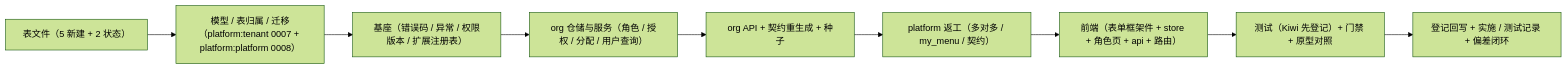
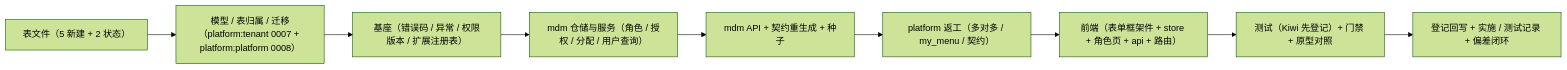
One commit to minjian123/basic-management-system changed the third of 3 diagrams in bms文档/项目/07_RBAC基础模块/任务/02_用户与角色/02_用户与角色_03_角色管理/设计/01_详细设计_03_角色管理.md. Above: the diagram before and after it, drawn with Mermaid (forest theme). The commit also changed other lines of this file and 501 other files, not shown here.

````diff
--- a/bms文档/项目/07_RBAC基础模块/任务/02_用户与角色/02_用户与角色_03_角色管理/设计/01_详细设计_03_角色管理.md
+++ b/bms文档/项目/07_RBAC基础模块/任务/02_用户与角色/02_用户与角色_03_角色管理/设计/01_详细设计_03_角色管理.md
@@ -406,11 +406,11 @@
 ```mermaid
 flowchart LR
     A["表文件（5 新建 + 2 状态）"] --> B["模型 / 表归属 / 迁移（platform:tenant 0007 + platform:platform 0008）"]
     B --> C["基座（错误码 / 异常 / 权限版本 / 扩展注册表）"]
-    C --> D["org 仓储与服务（角色 / 授权 / 分配 / 用户查询）"]
-    D --> E["org API + 契约重生成 + 种子"]
+    C --> D["mdm 仓储与服务（角色 / 授权 / 分配 / 用户查询）"]
+    D --> E["mdm API + 契约重生成 + 种子"]
     E --> F["platform 返工（多对多 / my_menu / 契约）"]
     F --> G["前端（表单框架件 + store + 角色页 + api + 路由）"]
     G --> H["测试（Kiwi 先登记）+ 门禁 + 原型对照"]
     H --> I["登记回写 + 实施 / 测试记录 + 偏差闭环"]
 ```
````
